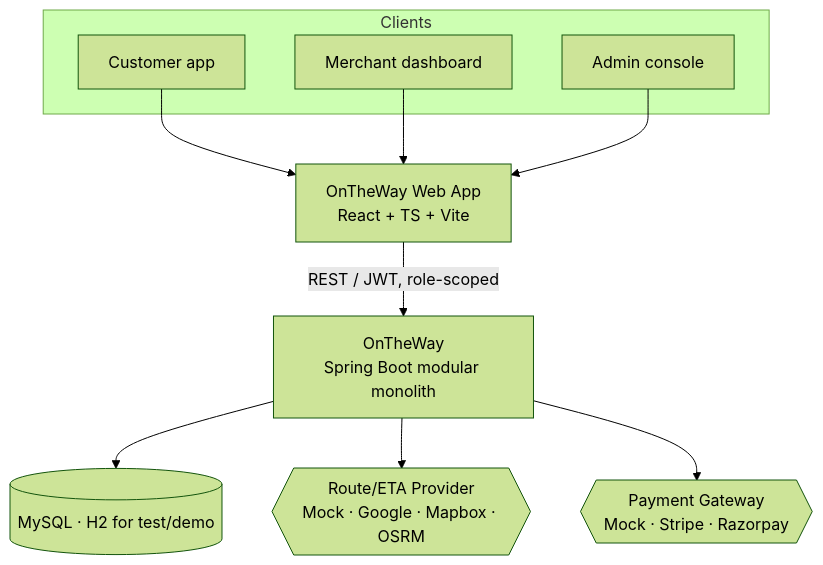
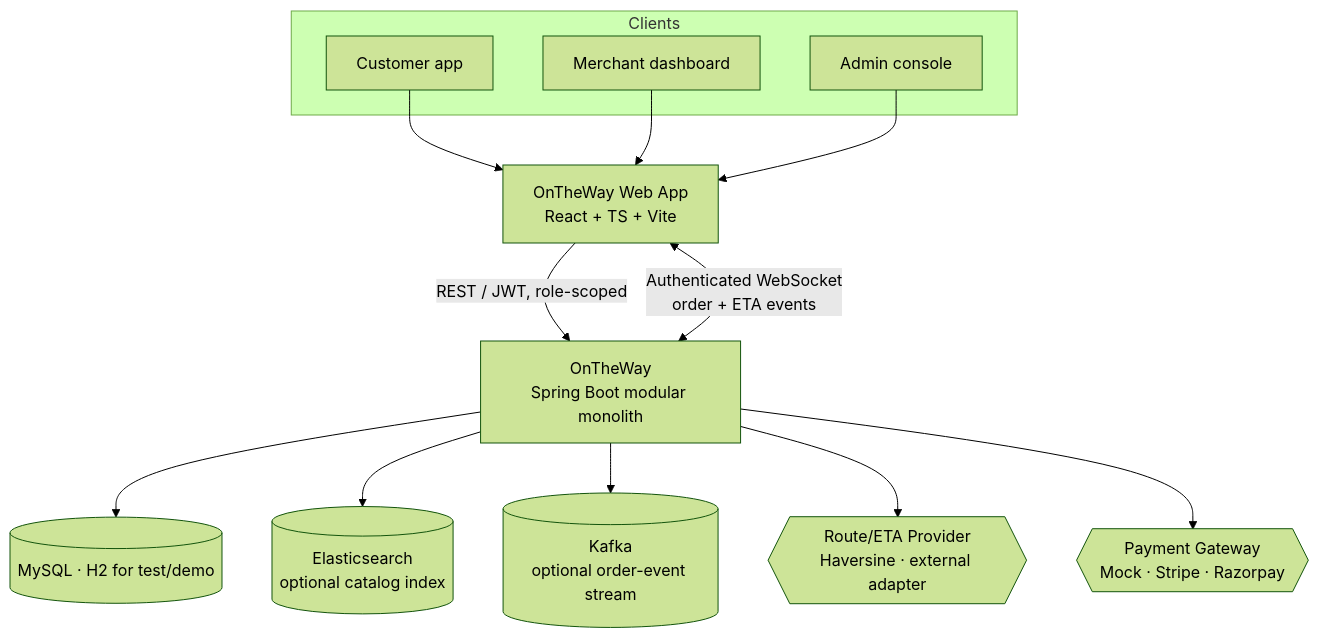
Before and after one commit to ManoharEldhandi/OnTheWay: the first of 10 diagrams in ARCHITECTURE.md, drawn with Mermaid (forest theme). The commit also changed other lines of this file and 103 other files, not shown here.

````diff
--- a/ARCHITECTURE.md
+++ b/ARCHITECTURE.md
@@ -70,18 +70,21 @@
 ```mermaid
 graph TB
     subgraph Clients
       C[Customer app]
       M[Merchant dashboard]
       A[Admin console]
     end
 
     C --> FE[OnTheWay Web App<br/>React + TS + Vite]
     M --> FE
     A --> FE
 
     FE -->|REST / JWT, role-scoped| BE[OnTheWay<br/>Spring Boot modular monolith]
+    FE <-->|Authenticated WebSocket<br/>order + ETA events| BE
 
     BE --> DB[(MySQL · H2 for test/demo)]
-    BE --> RP{{Route/ETA Provider<br/>Mock · Google · Mapbox · OSRM}}
+    BE --> ES[(Elasticsearch<br/>optional catalog index)]
+    BE --> K[(Kafka<br/>optional order-event stream)]
+    BE --> RP{{Route/ETA Provider<br/>Haversine · external adapter}}
     BE --> PG{{Payment Gateway<br/>Mock · Stripe · Razorpay}}
 ```
````
